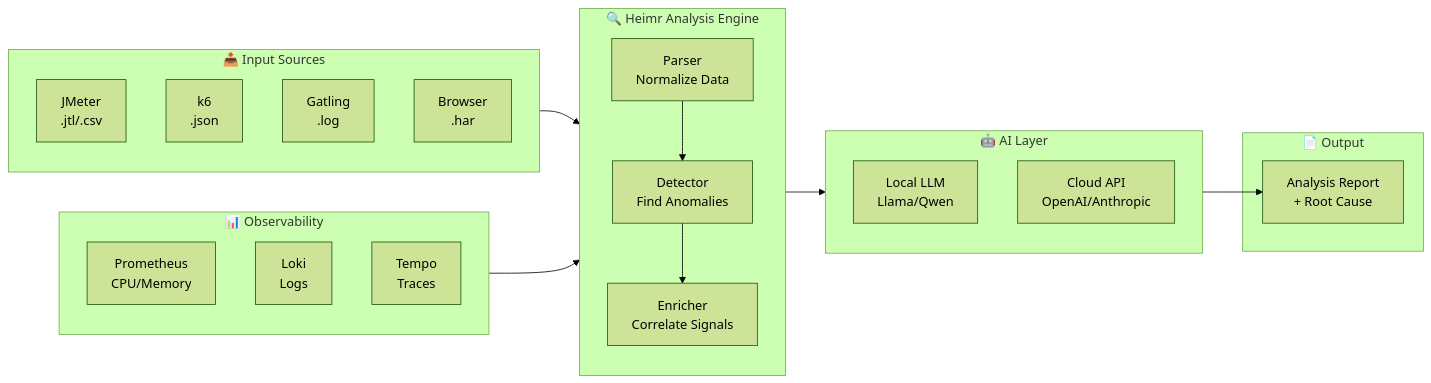
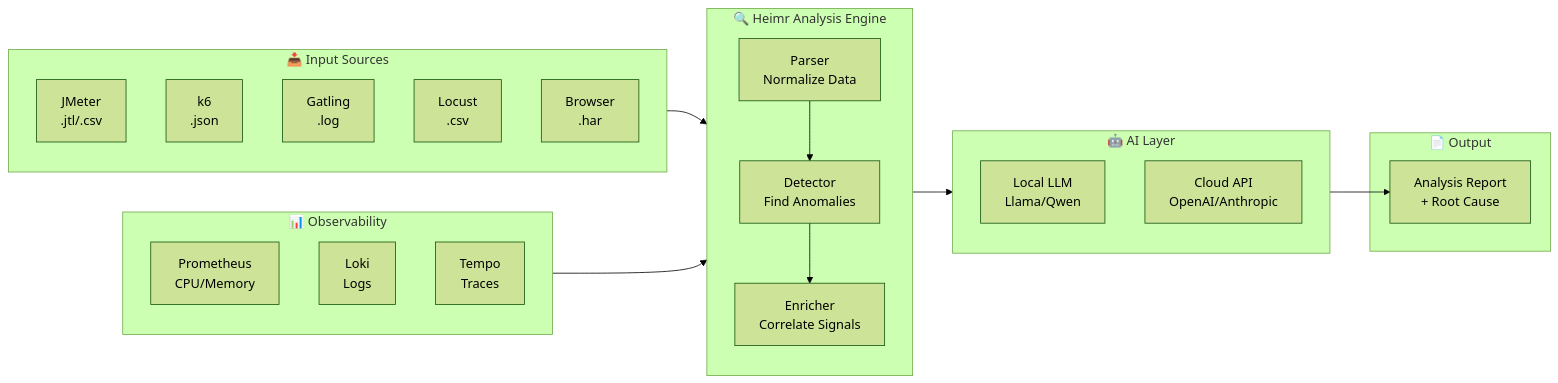
Before and after one commit to jdestevezcastillo-perfeng/Heimr.ai: the first of 2 diagrams in docs/wiki/02-architecture.md, drawn with Mermaid (forest theme).

Commit message:
Add Locust to architecture diagram input sources

````diff
--- a/docs/wiki/02-architecture.md
+++ b/docs/wiki/02-architecture.md
@@ -13,41 +13,42 @@
 ```mermaid
 flowchart LR
     subgraph Input["📥 Input Sources"]
         direction TB
         JMeter["JMeter\n.jtl/.csv"]
         k6["k6\n.json"]
         Gatling["Gatling\n.log"]
+        Locust["Locust\n.csv"]
         HAR["Browser\n.har"]
     end
 
     subgraph Observability["📊 Observability"]
         direction TB
         Prom["Prometheus\nCPU/Memory"]
         Loki["Loki\nLogs"]
         Tempo["Tempo\nTraces"]
     end
 
     subgraph Heimr["🔍 Heimr Analysis Engine"]
         direction TB
         Parser["Parser\nNormalize Data"]
         Detector["Detector\nFind Anomalies"]
         Enricher["Enricher\nCorrelate Signals"]
     end
 
     subgraph AI["🤖 AI Layer"]
         direction TB
         Ollama["Local LLM\nLlama/Qwen"]
         Cloud["Cloud API\nOpenAI/Anthropic"]
     end
 
     subgraph Output["📄 Output"]
         Report["Analysis Report\n+ Root Cause"]
     end
 
     Input --> Parser
     Parser --> Detector
     Detector --> Enricher
     Observability --> Enricher
     Enricher --> AI
     AI --> Report
 ```
````
